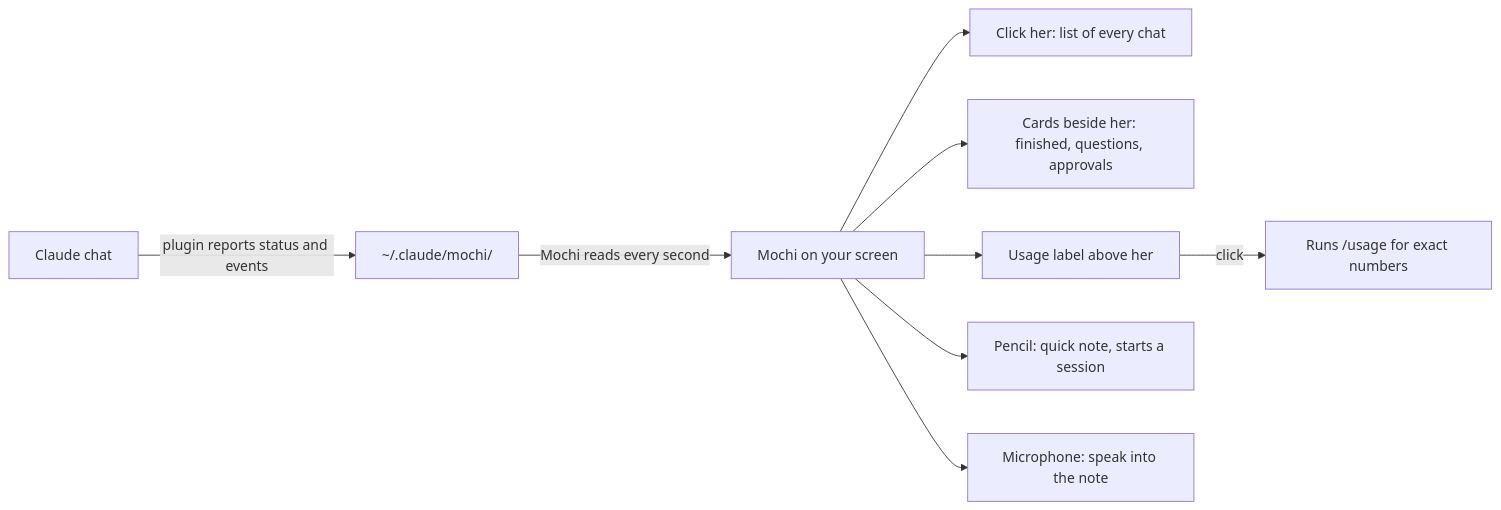
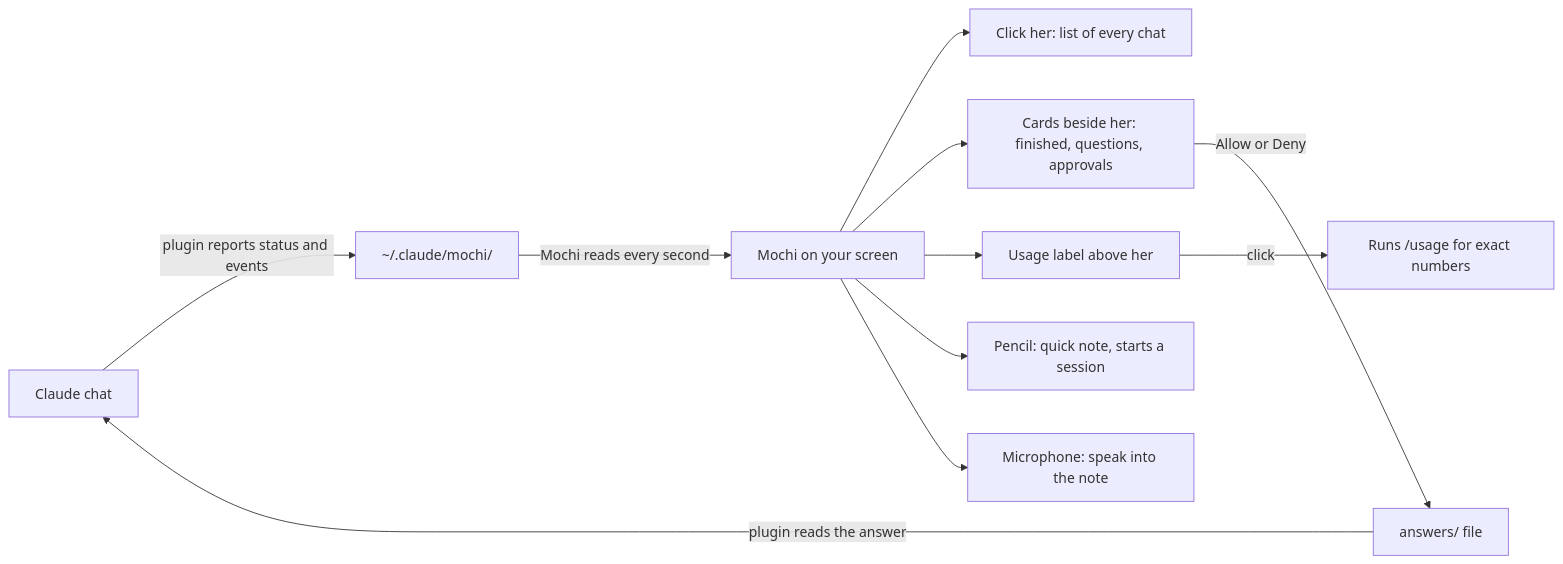
Before and after one commit to EmmaNguyen/mod-pet: the diagram in README.md, drawn with Mermaid. The commit also changed other lines of this file and 16 other files, not shown here.

````diff
--- a/README.md
+++ b/README.md
@@ -51,11 +190,13 @@
 ```mermaid
 flowchart LR
     C[Claude chat] -->|plugin reports status and events| F[~/.claude/mochi/]
     F -->|Mochi reads every second| M[Mochi on your screen]
     M --> L[Click her: list of every chat]
     M --> K[Cards beside her: finished, questions, approvals]
     M --> U[Usage label above her]
     U -->|click| CL[Runs /usage for exact numbers]
     M --> Q[Pencil: quick note, starts a session]
     M --> T[Microphone: speak into the note]
+    K -->|Allow or Deny| A[answers/ file]
+    A -->|plugin reads the answer| C
 ```
````
